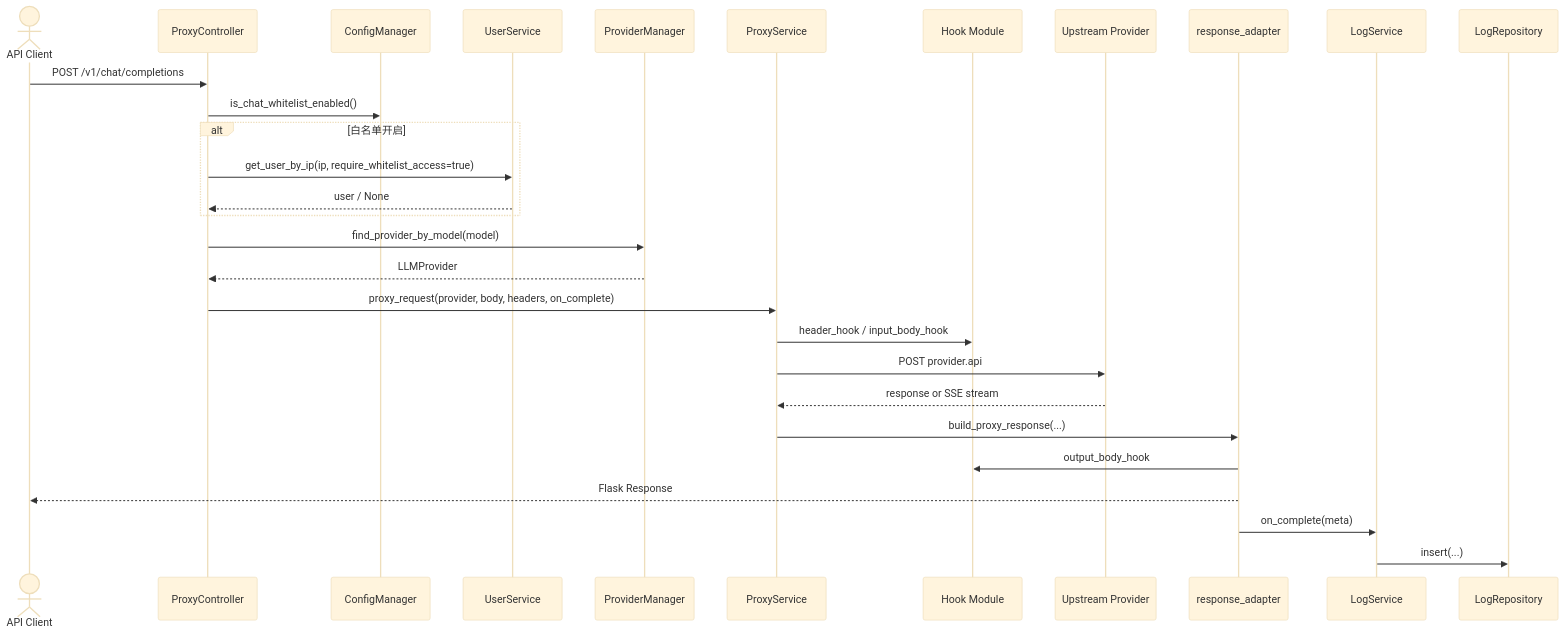
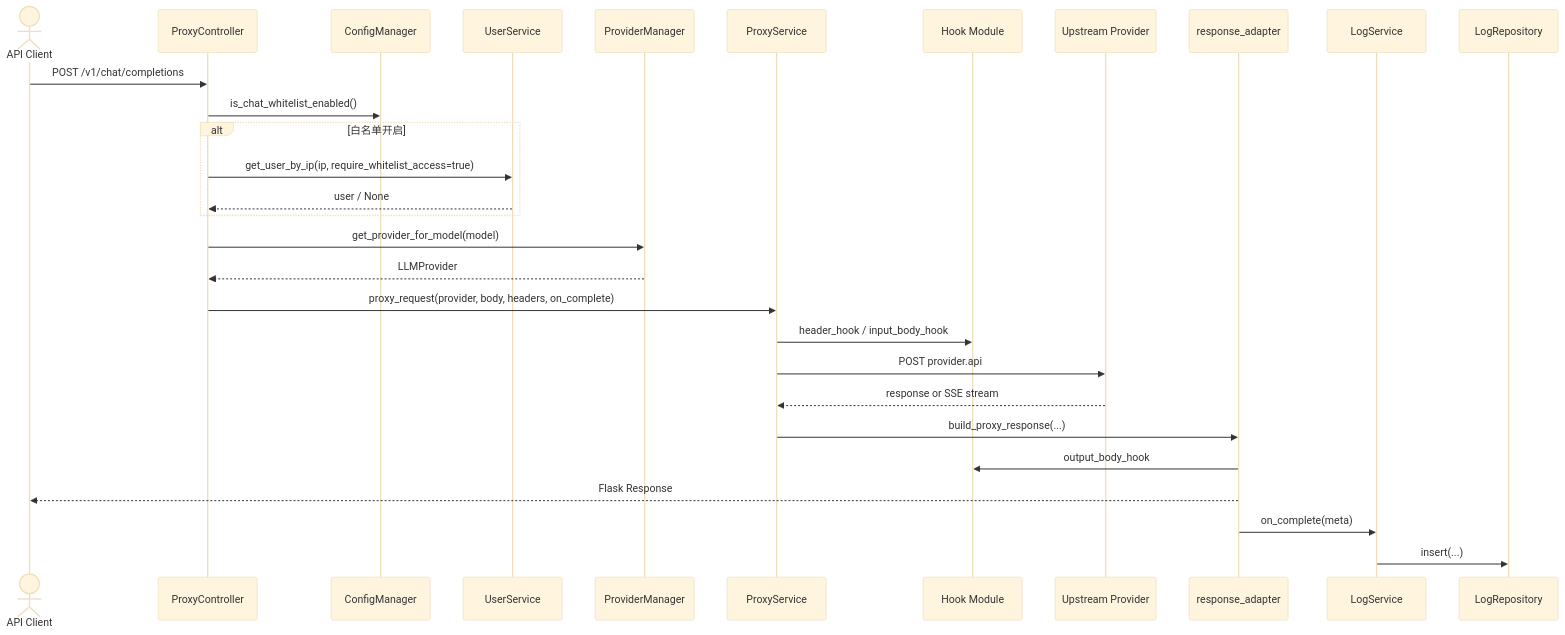
One commit to VonSdite/LLM_Proxy changed the eighth of 9 diagrams in docs/architecture-4plus1.md. Above: the diagram before and after it, drawn with Mermaid (base theme). The commit also changed other lines of this file and 10 other files, not shown here.

````diff
--- a/docs/architecture-4plus1.md
+++ b/docs/architecture-4plus1.md
@@ -335,34 +362,34 @@
 ```mermaid
 sequenceDiagram
     actor Client as API Client
     participant ProxyCtl as ProxyController
     participant ConfigMgr as ConfigManager
     participant UserSvc as UserService
     participant ProviderMgr as ProviderManager
     participant ProxySvc as ProxyService
     participant Hook as Hook Module
     participant Upstream as Upstream Provider
     participant Adapter as response_adapter
     participant LogSvc as LogService
     participant LogRepo as LogRepository
 
     Client->>ProxyCtl: POST /v1/chat/completions
     ProxyCtl->>ConfigMgr: is_chat_whitelist_enabled()
 
     alt 白名单开启
         ProxyCtl->>UserSvc: get_user_by_ip(ip, require_whitelist_access=true)
         UserSvc-->>ProxyCtl: user / None
     end
 
-    ProxyCtl->>ProviderMgr: find_provider_by_model(model)
+    ProxyCtl->>ProviderMgr: get_provider_for_model(model)
     ProviderMgr-->>ProxyCtl: LLMProvider
     ProxyCtl->>ProxySvc: proxy_request(provider, body, headers, on_complete)
     ProxySvc->>Hook: header_hook / input_body_hook
     ProxySvc->>Upstream: POST provider.api
     Upstream-->>ProxySvc: response or SSE stream
     ProxySvc->>Adapter: build_proxy_response(...)
     Adapter->>Hook: output_body_hook
     Adapter-->>Client: Flask Response
     Adapter->>LogSvc: on_complete(meta)
     LogSvc->>LogRepo: insert(...)
 ```
````
